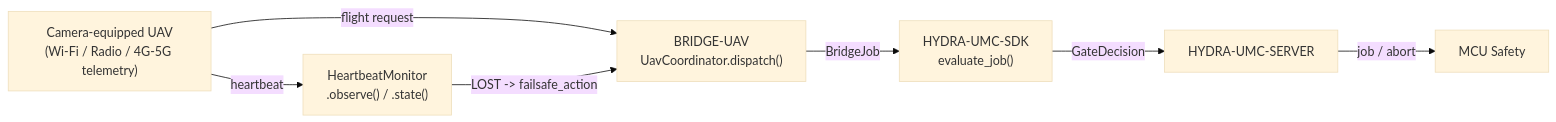
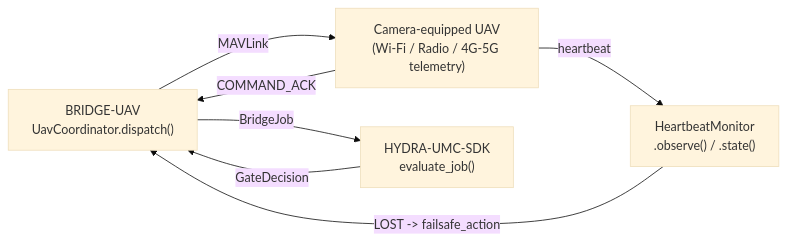
Before and after one commit to JuanenRac/HYDRA-UMC-BRIDGE-UAV: the diagram in README.md, drawn with Mermaid (base theme). The commit also changed other lines of this file and 23 other files, not shown here.

Commit message:
Explicit altitude frame and COMMAND_INT for waypoints, flight envelope, safe-state requests that always get through, DISARM and ACK matching (0.1.1)

````diff
--- a/README.md
+++ b/README.md
@@ -50,9 +51,9 @@
 ```mermaid
 flowchart LR
-    UAV["Camera-equipped UAV<br/>(Wi-Fi / Radio / 4G-5G telemetry)"] -- "flight request" --> BRIDGE["BRIDGE-UAV<br/>UavCoordinator.dispatch()"]
+    BRIDGE["BRIDGE-UAV<br/>UavCoordinator.dispatch()"] -- "MAVLink" --> UAV["Camera-equipped UAV<br/>(Wi-Fi / Radio / 4G-5G telemetry)"]
+    UAV -- "COMMAND_ACK" --> BRIDGE
     UAV -- "heartbeat" --> HB["HeartbeatMonitor<br/>.observe() / .state()"]
     HB -- "LOST -> failsafe_action" --> BRIDGE
     BRIDGE -- BridgeJob --> SDK["HYDRA-UMC-SDK<br/>evaluate_job()"]
-    SDK -- GateDecision --> SERVER["HYDRA-UMC-SERVER"]
-    SERVER -- "job / abort" --> MCU["MCU Safety"]
+    SDK -- GateDecision --> BRIDGE
 ```
````
